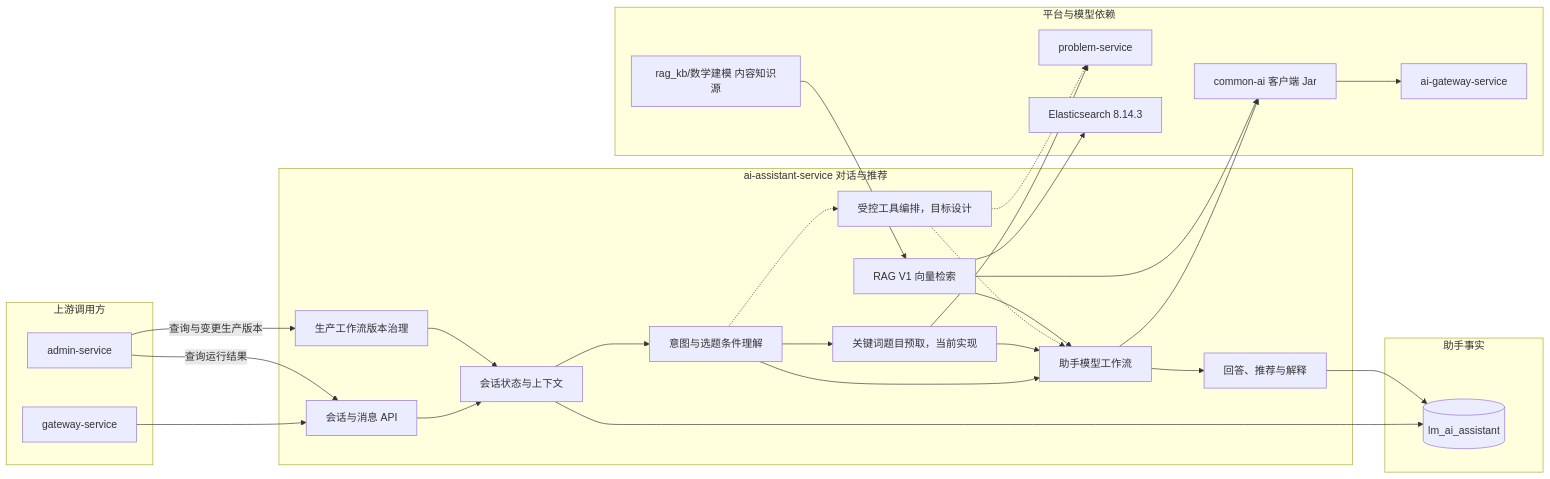
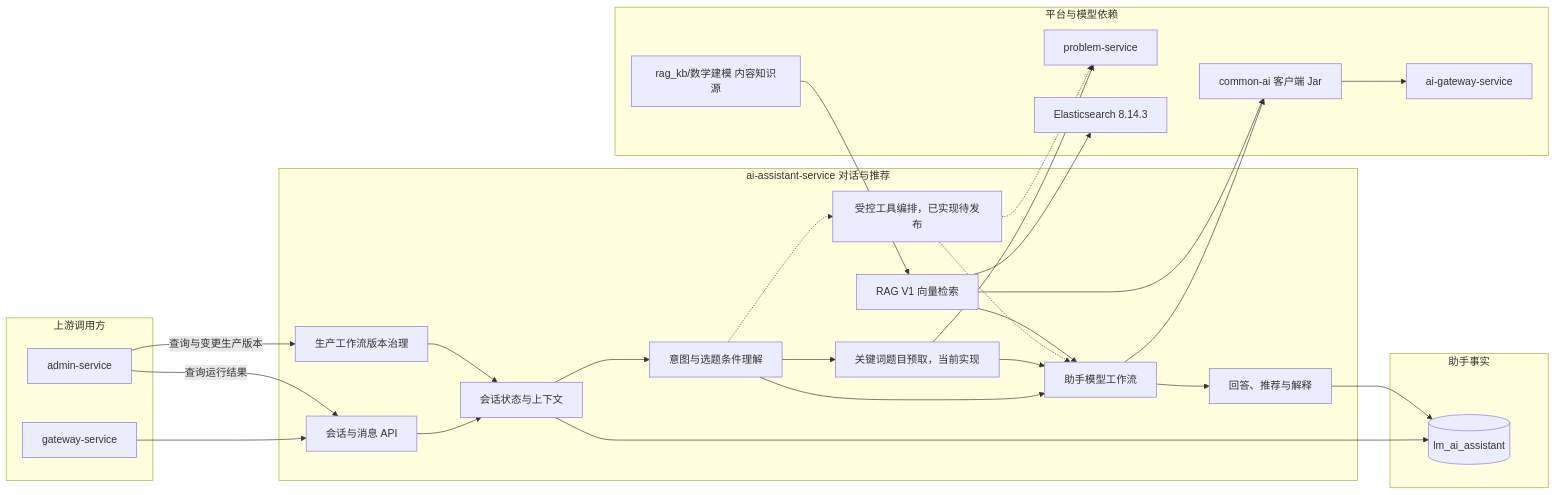
One commit to Dorian7Alden/LeetModel changed the diagram in docs/project/03-微服务设计/ai-assistant-service/README.md. Above: the diagram before and after it, drawn with Mermaid. The commit also changed other lines of this file and 4 other files, not shown here.

````diff
--- a/docs/project/03-微服务设计/ai-assistant-service/README.md
+++ b/docs/project/03-微服务设计/ai-assistant-service/README.md
@@ -22,55 +22,55 @@
 ```mermaid
 flowchart LR
     subgraph callers["上游调用方"]
         apiGateway["gateway-service"]
         adminService["admin-service"]
     end
 
     subgraph assistant["ai-assistant-service 对话与推荐"]
         conversationApi["会话与消息 API"]
         sessionContext["会话状态与上下文"]
         productionGovernance["生产工作流版本治理"]
         intent["意图与选题条件理解"]
         toolQuery["关键词题目预取，当前实现"]
-        controlledTools["受控工具编排，目标设计"]
+        controlledTools["受控工具编排，已实现待发布"]
         assistantWorkflow["助手模型工作流"]
         ragRetriever["RAG V1 向量检索"]
         response["回答、推荐与解释"]
 
         conversationApi --> sessionContext
         productionGovernance --> sessionContext
         sessionContext --> intent
         intent --> toolQuery
         intent -.-> controlledTools
         intent --> assistantWorkflow
         toolQuery --> assistantWorkflow
         controlledTools -.-> assistantWorkflow
         ragRetriever --> assistantWorkflow
         assistantWorkflow --> response
     end
 
     subgraph dependencies["平台与模型依赖"]
         problemService["problem-service"]
         commonAi["common-ai 客户端 Jar"]
         aiGateway["ai-gateway-service"]
         elasticsearch["Elasticsearch 8.14.3"]
         ragKnowledge["rag_kb/数学建模 内容知识源"]
     end
 
     subgraph data["助手事实"]
         assistantDatabase[(lm_ai_assistant)]
     end
 
     apiGateway --> conversationApi
     adminService -->|"查询运行结果"| conversationApi
     adminService -->|"查询与变更生产版本"| productionGovernance
     toolQuery --> problemService
     controlledTools -.-> problemService
     assistantWorkflow --> commonAi
     ragRetriever --> commonAi
     ragRetriever --> elasticsearch
     ragKnowledge --> ragRetriever
     commonAi --> aiGateway
     sessionContext --> assistantDatabase
     response --> assistantDatabase
 ```
````
